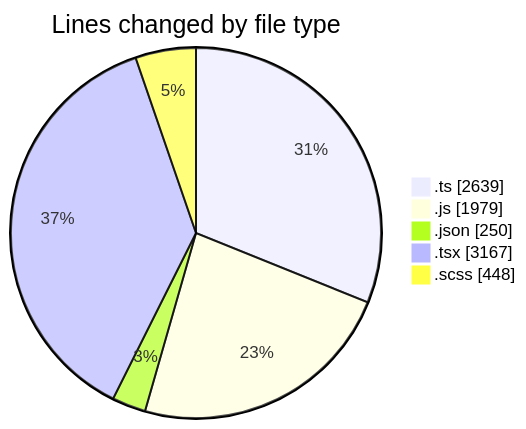
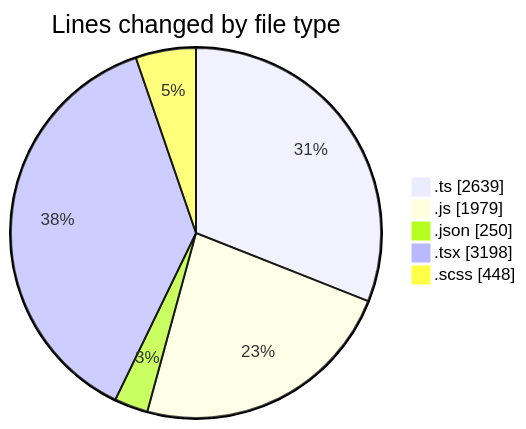
Before and after one commit to momahboobian/code-tracking: the first of 2 diagrams in 2026-06-18/cda/README.md, drawn with Mermaid. The commit also changed other lines of this file and 1 other file, not shown here.

````diff
--- a/2026-06-18/cda/README.md
+++ b/2026-06-18/cda/README.md
@@ -62,9 +62,9 @@
 ```mermaid
 pie showData
 title Lines changed by file type
 ".ts" : 2639
 ".js" : 1979
 ".json" : 250
-".tsx" : 3167
+".tsx" : 3198
 ".scss" : 448
 ```
````
